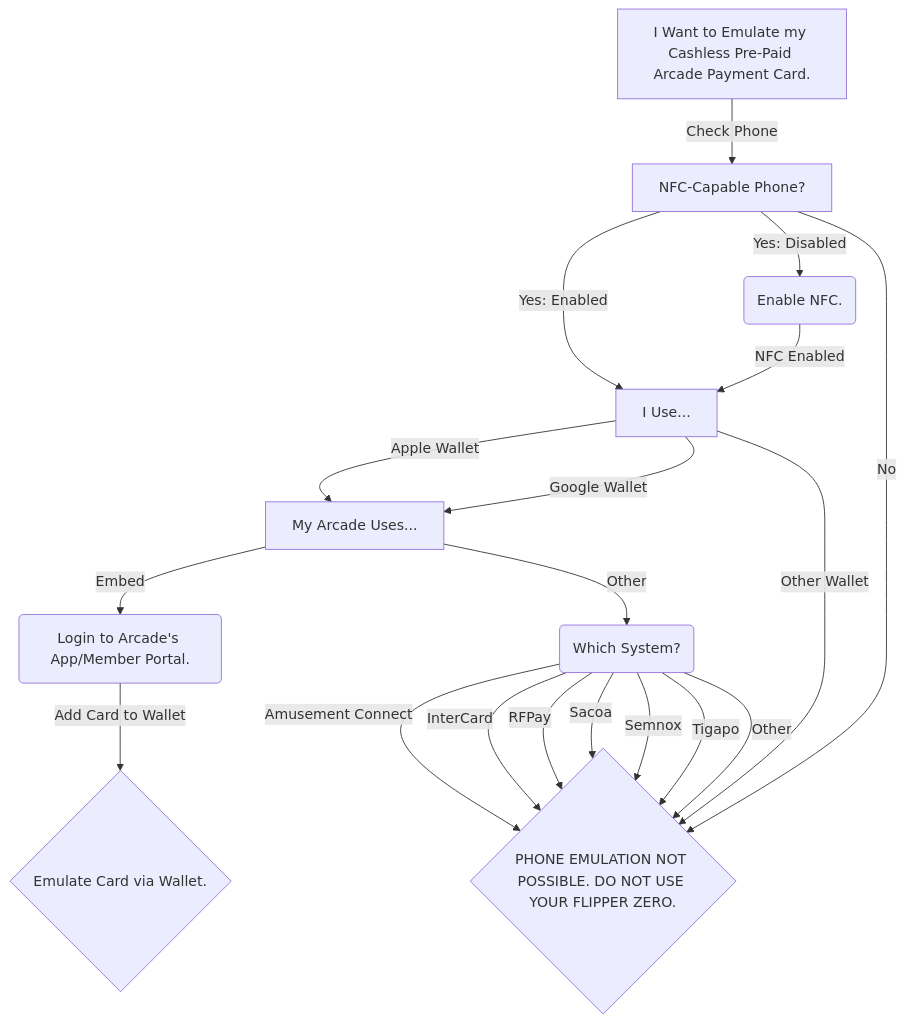
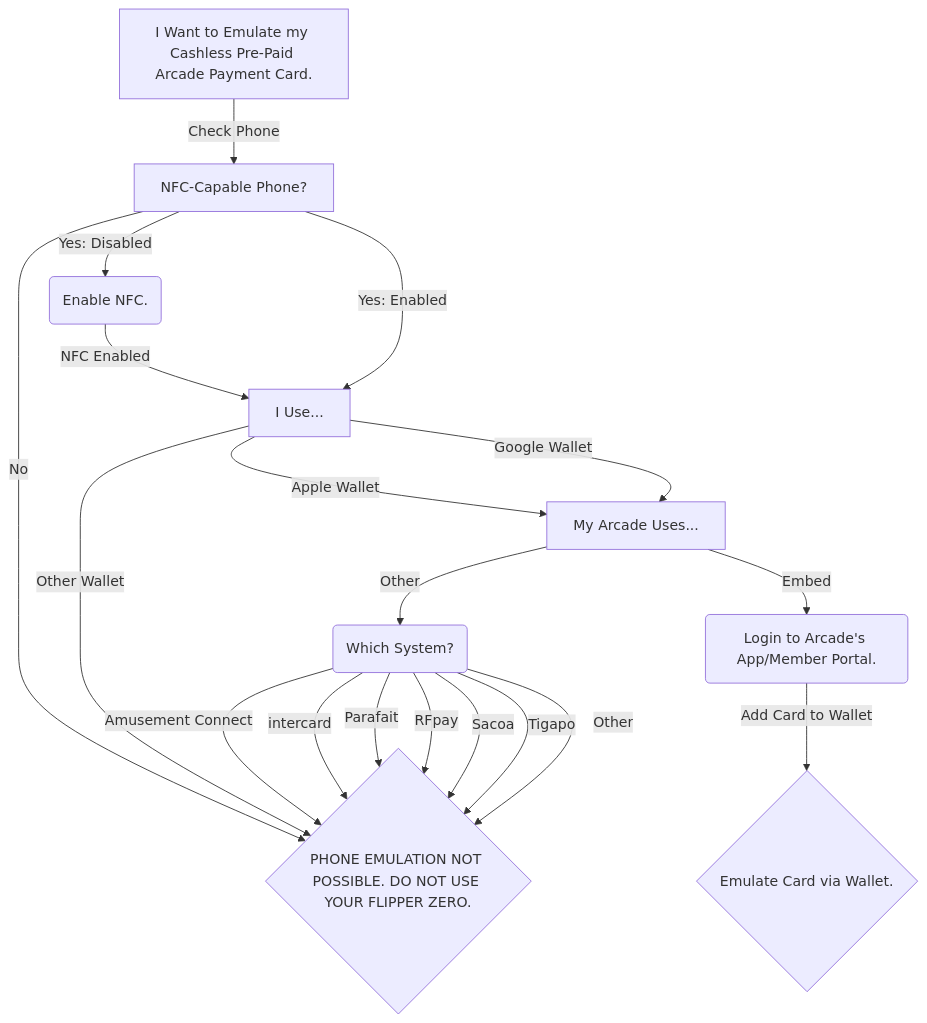
The diagram in flip-wiki/docs/arcadecards.md (Flipper-Community/flipper-community-wiki), drawn with Mermaid before and after one commit.

Commit message:
R&Y: Updated mermaid flowchart in arcadecard.md
Arcade Payment Card system names updated to reflect correct case lettering.

````diff
--- a/flip-wiki/docs/arcadecards.md
+++ b/flip-wiki/docs/arcadecards.md
@@ -23,21 +23,21 @@
 ``` mermaid
 flowchart TD
     A[I Want to Emulate my Cashless Pre-Paid Arcade Payment Card.] -->|Check Phone| B[NFC-Capable Phone?]
-    B -->|Yes: Enabled| C[I Use...]
+    B -->|No| I{PHONE EMULATION NOT POSSIBLE. DO NOT USE YOUR FLIPPER ZERO.}
     B -->|Yes: Disabled| D(Enable NFC.)
     D -->|NFC Enabled| C
+    B -->|Yes: Enabled| C[I Use...]
     C -->|Apple Wallet| E[My Arcade Uses...]
     C -->|Google Wallet| E
+    C -->|Other Wallet| I
     E -->|Embed| F(Login to Arcade's App/Member Portal.)
     F -->|Add Card to Wallet| G{Emulate Card via Wallet.}
     E -->|Other| H(Which System?)
-    B -->|No| I{PHONE EMULATION NOT POSSIBLE. DO NOT USE YOUR FLIPPER ZERO.}
-    C -->|Other Wallet| I
     H -->|Amusement Connect| I
-    H -->|InterCard| I
-    H -->|RFPay| I
+    H -->|intercard| I
+    H -->|Parafait| I
+    H -->|RFpay| I
     H -->|Sacoa| I
-    H -->|Semnox| I
     H -->|Tigapo| I
     H -->|Other| I
 ```
````
